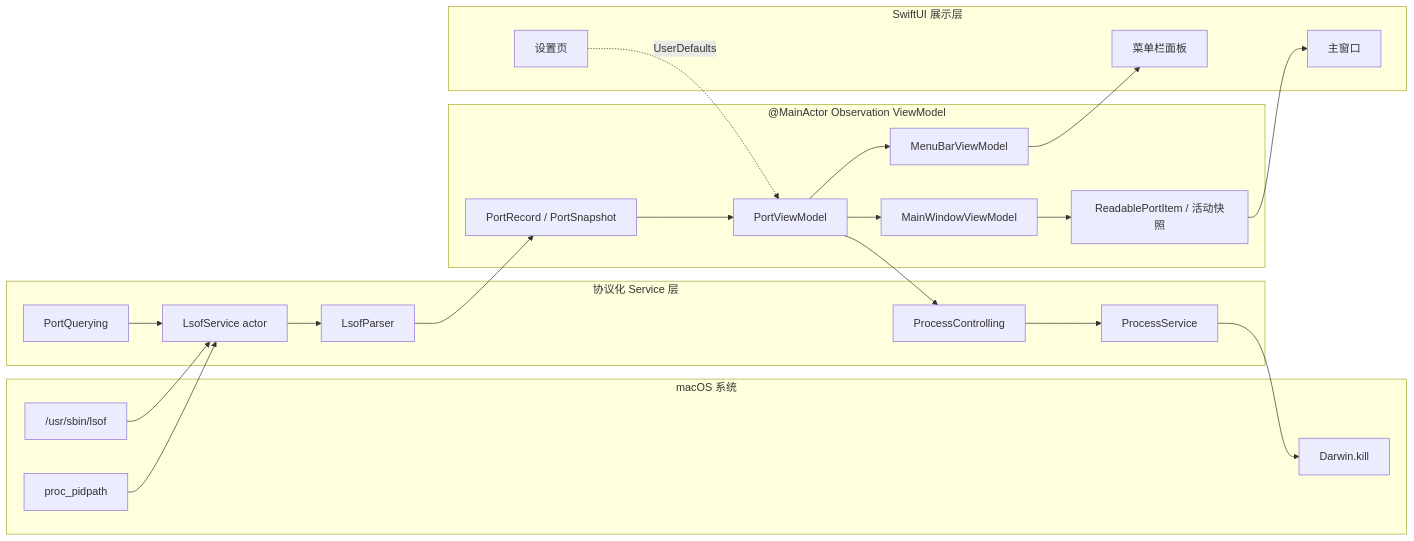
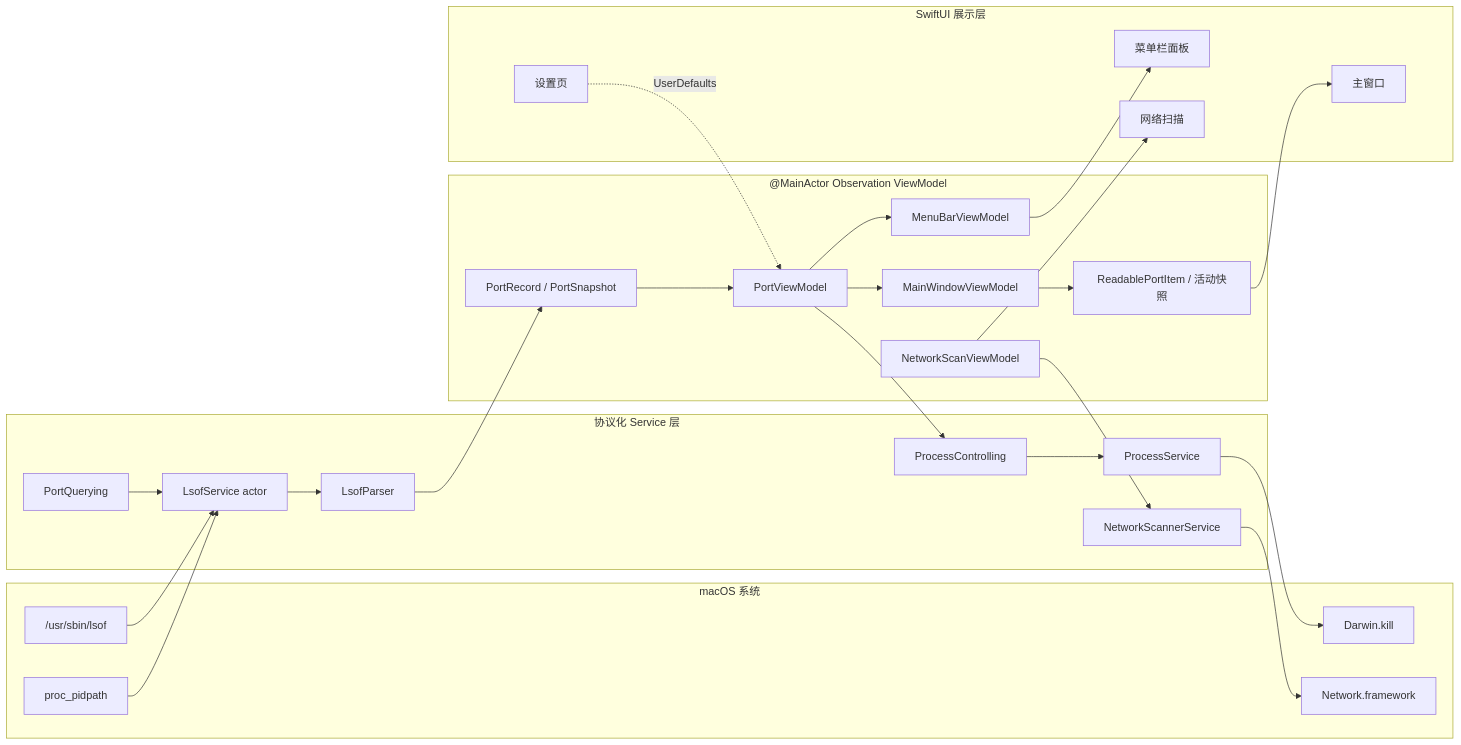
One commit to super-213/port-viewer changed the first of 2 diagrams in README.md. Above: the diagram before and after it, drawn with Mermaid. The commit also changed other lines of this file and 9 other files, not shown here.

````diff
--- a/README.md
+++ b/README.md
@@ -89,38 +101,44 @@
 ```mermaid
 flowchart LR
     subgraph System["macOS 系统"]
         LSOF["/usr/sbin/lsof"]
         PROC["proc_pidpath"]
         KILL["Darwin.kill"]
+        NETWORK["Network.framework"]
     end
 
     subgraph Services["协议化 Service 层"]
         QUERY["PortQuerying"]
         CLIENT["LsofService actor"]
         PARSER["LsofParser"]
         CONTROL["ProcessControlling"]
         CONTROLLER["ProcessService"]
+        SCANNER["NetworkScannerService"]
     end
 
     subgraph State["@MainActor Observation ViewModel"]
         RAW["PortRecord / PortSnapshot"]
         STORE["PortViewModel"]
         MAIN_VM["MainWindowViewModel"]
         MENU_VM["MenuBarViewModel"]
         PRESENTATION["ReadablePortItem / 活动快照"]
+        SCAN_VM["NetworkScanViewModel"]
     end
 
     subgraph UI["SwiftUI 展示层"]
         MAIN["主窗口"]
         MENU["菜单栏面板"]
         SETTINGS["设置页"]
+        SCAN_UI["网络扫描"]
     end
 
     LSOF --> CLIENT
     PROC --> CLIENT
     QUERY --> CLIENT --> PARSER --> RAW --> STORE
     STORE --> MAIN_VM --> PRESENTATION --> MAIN
     STORE --> MENU_VM --> MENU
     SETTINGS -. "UserDefaults" .-> STORE
     STORE --> CONTROL --> CONTROLLER --> KILL
+    SCAN_VM --> SCANNER --> NETWORK
+    SCAN_VM --> SCAN_UI
 ```
````
